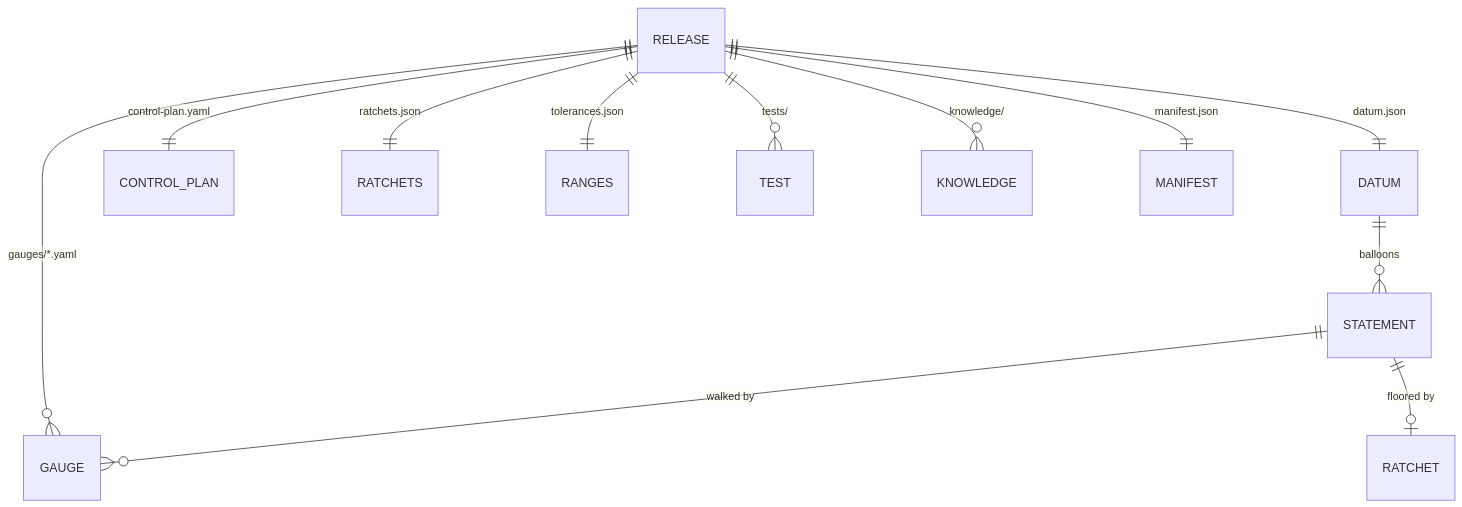
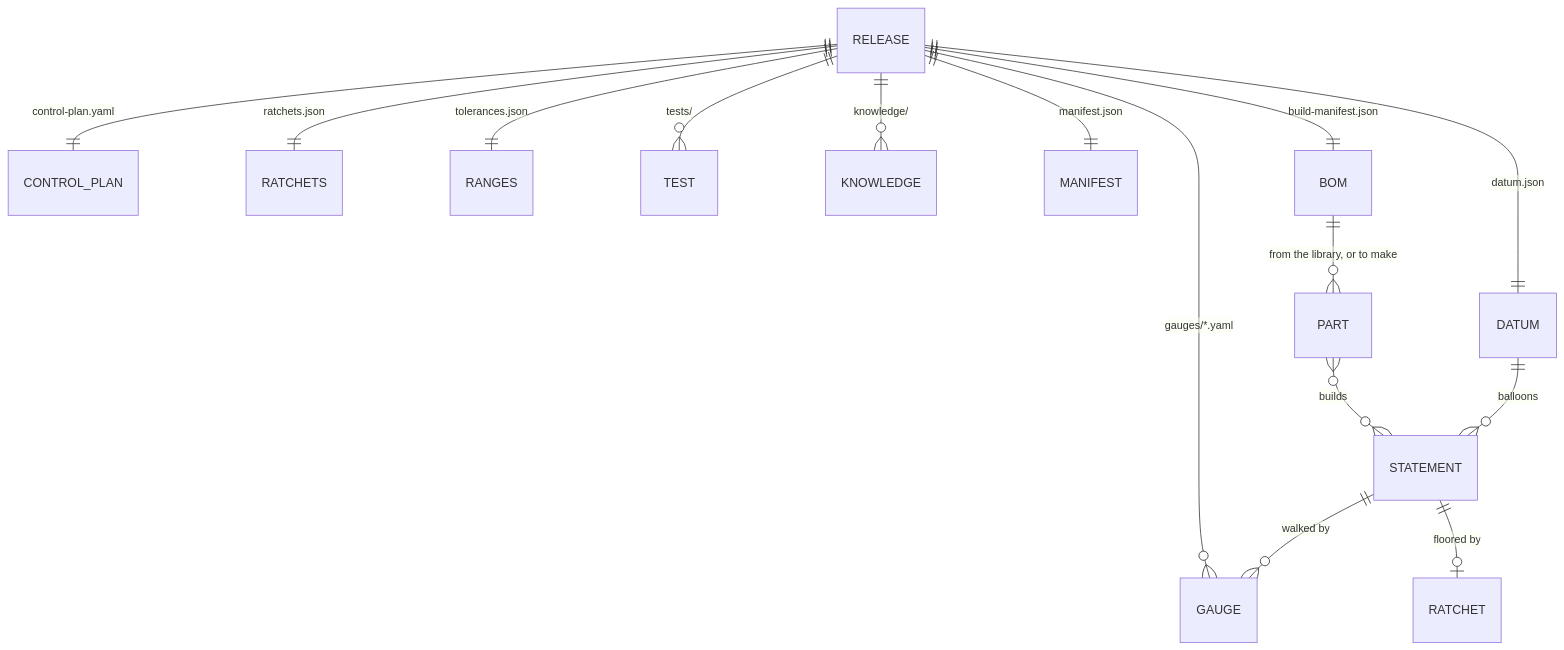
The second of 2 diagrams in intent/README.md (russlittle/ZTHR), drawn with Mermaid before and after one commit. The commit also changed other lines of this file and 7 other files, not shown here.

First line of the commit message:
Build manifest: before signing, the studio shows the bill of materials the factory starts from

````diff
--- a/intent/README.md
+++ b/intent/README.md
@@ -36,14 +36,17 @@
 ```mermaid
 erDiagram
   RELEASE ||--|| DATUM : "datum.json"
   RELEASE ||--o{ GAUGE : "gauges/*.yaml"
   RELEASE ||--|| CONTROL_PLAN : "control-plan.yaml"
   RELEASE ||--|| RATCHETS : "ratchets.json"
   RELEASE ||--|| RANGES : "tolerances.json"
   RELEASE ||--o{ TEST : "tests/"
   RELEASE ||--o{ KNOWLEDGE : "knowledge/"
   RELEASE ||--|| MANIFEST : "manifest.json"
+  RELEASE ||--|| BOM : "build-manifest.json"
+  BOM ||--o{ PART : "from the library, or to make"
+  PART }o--o{ STATEMENT : "builds"
   DATUM ||--o{ STATEMENT : "balloons"
   STATEMENT ||--o{ GAUGE : "walked by"
   STATEMENT ||--o| RATCHET : "floored by"
 ```
````
